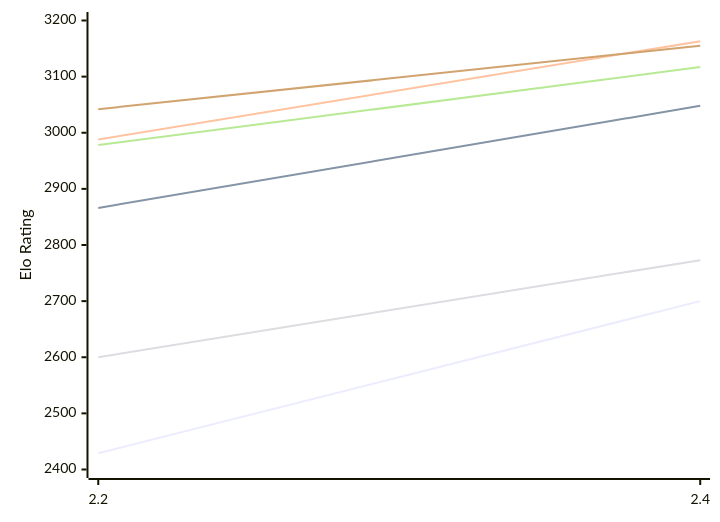
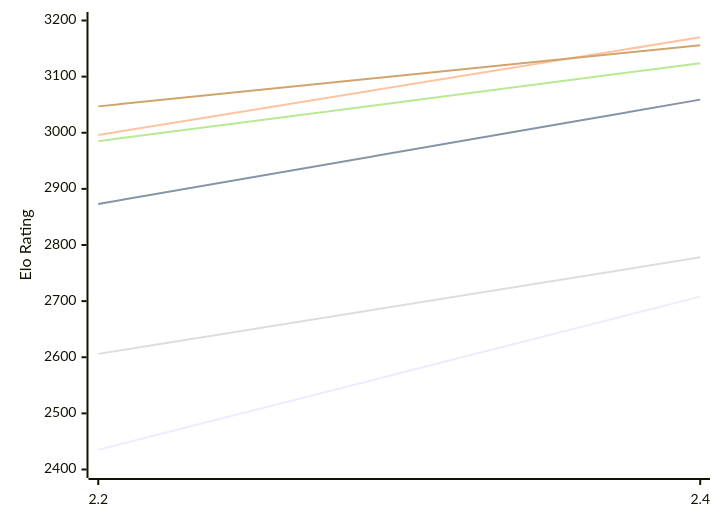
Before and after one commit to computer-chess-index/cci: the first of 2 diagrams in engines/Sloth.md, drawn with Mermaid. The commit also changed other lines of this file, not shown here.

Commit message:
Update CCI Ratings (ELO VLTC) - 2026-11-03

````diff
--- a/engines/Sloth.md
+++ b/engines/Sloth.md
@@ -50,12 +50,12 @@
 ```mermaid
 %%{init: {"theme":"base","themeVariables":{"seriesColors:['#a3a3a3','#222221','#faa371']}}}%%
 xychart-beta
   x-axis ["2.2", "2.4"]
   y-axis "Elo Rating" 2400 --> 3200
-  line "E1: STC (8.0+0.08s)" [2429, 2700]
-  line "E1: LTC (60.0+0.60s)" [2866, 3048]
-  line "E1: VLTC (2m24s+1.12s)" [2988, 3163]
-  line "P1: STC (8.0+0.08s)" [2600, 2773]
-  line "P1: LTC (60.0+0.60s)" [2978, 3117]
-  line "P1: VLTC (2m24s+1.12s)" [3042, 3155]
+  line "E1: STC (8.0+0.08s)" [2435, 2708]
+  line "E1: LTC (60.0+0.60s)" [2873, 3059]
+  line "E1: VLTC (2m24s+1.12s)" [2996, 3170]
+  line "P1: STC (8.0+0.08s)" [2606, 2778]
+  line "P1: LTC (60.0+0.60s)" [2985, 3124]
+  line "P1: VLTC (2m24s+1.12s)" [3047, 3156]
 ```
````
